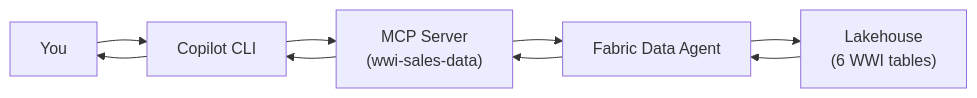
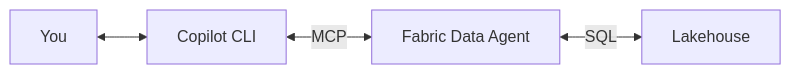
One commit to ericchansen/agent-demo-dev changed the diagram in website/docs/journey/ground-it-in-data.md. Above: the diagram before and after it, drawn with Mermaid. The commit also changed other lines of this file and 4 other files, not shown here.

First line of the commit message:
fix: clean up diagram labels across all docs

````diff
--- a/website/docs/journey/ground-it-in-data.md
+++ b/website/docs/journey/ground-it-in-data.md
@@ -14,11 +14,6 @@
 ```mermaid
 flowchart LR
-    User["You"] --> Agent["Copilot CLI"]
-    Agent --> MCP["MCP Server\n(wwi-sales-data)"]
-    MCP --> DA["Fabric Data Agent"]
-    DA --> LH["Lakehouse\n(6 WWI tables)"]
-    LH --> DA
-    DA --> MCP
-    MCP --> Agent
-    Agent --> User
+    User["You"] <--> CLI["Copilot CLI"]
+    CLI <-->|MCP| FDA["Fabric Data Agent"]
+    FDA <-->|SQL| LH["Lakehouse"]
 ```
````
